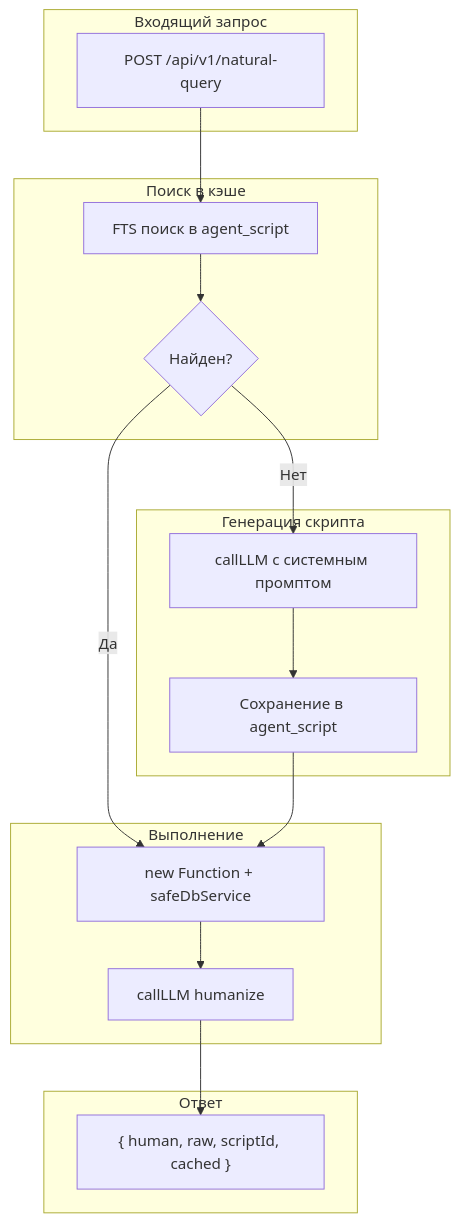
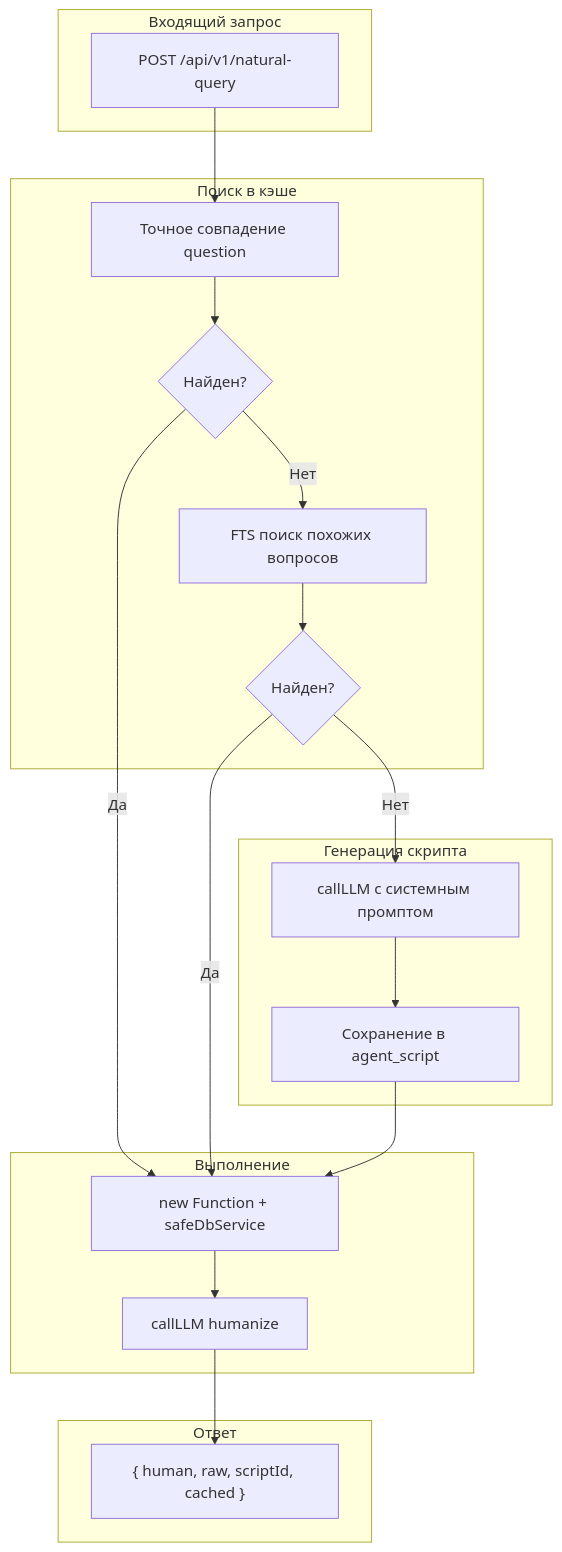
The diagram in KB/README_agent-script.md (danmas/kosmos-vector), drawn with Mermaid before and after one commit. The commit also changed other lines of this file and 3 other files, not shown here.

Commit message:
Проработка agent-script+

````diff
--- a/KB/README_agent-script.md
+++ b/KB/README_agent-script.md
@@ -9,34 +9,39 @@
 ```mermaid
 flowchart TB
     subgraph Input [Входящий запрос]
         Q[POST /api/v1/natural-query]
     end
     
     subgraph Cache [Поиск в кэше]
-        FTS[FTS поиск в agent_script]
-        Found{Найден?}
+        Exact[Точное совпадение question]
+        ExactFound{Найден?}
+        FTS[FTS поиск похожих вопросов]
+        FTSFound{Найден?}
     end
     
     subgraph Generate [Генерация скрипта]
         LLM[callLLM с системным промптом]
         Save[Сохранение в agent_script]
     end
     
     subgraph Execute [Выполнение]
         Sandbox[new Function + safeDbService]
         Humanize[callLLM humanize]
     end
     
     subgraph Output [Ответ]
         Response["{ human, raw, scriptId, cached }"]
     end
     
-    Q --> FTS
-    FTS --> Found
-    Found -->|Да| Sandbox
-    Found -->|Нет| LLM
+    Q --> Exact
+    Exact --> ExactFound
+    ExactFound -->|Да| Sandbox
+    ExactFound -->|Нет| FTS
+    FTS --> FTSFound
+    FTSFound -->|Да| Sandbox
+    FTSFound -->|Нет| LLM
     LLM --> Save
     Save --> Sandbox
     Sandbox --> Humanize
     Humanize --> Response
 ```
````
